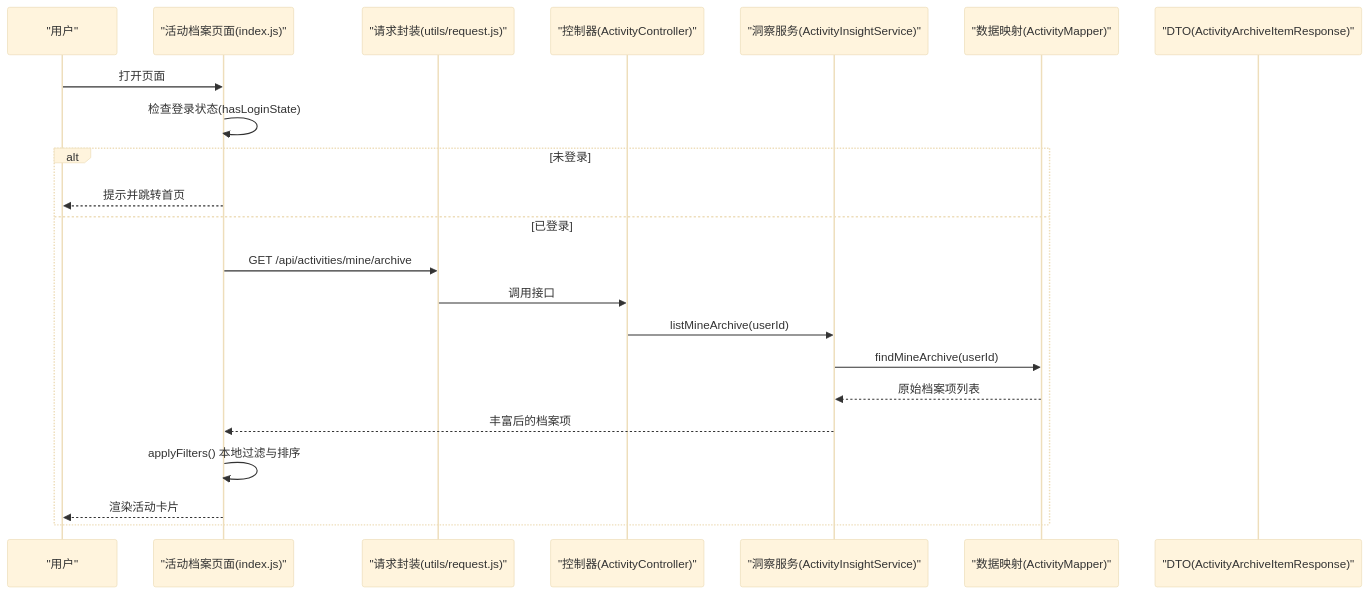
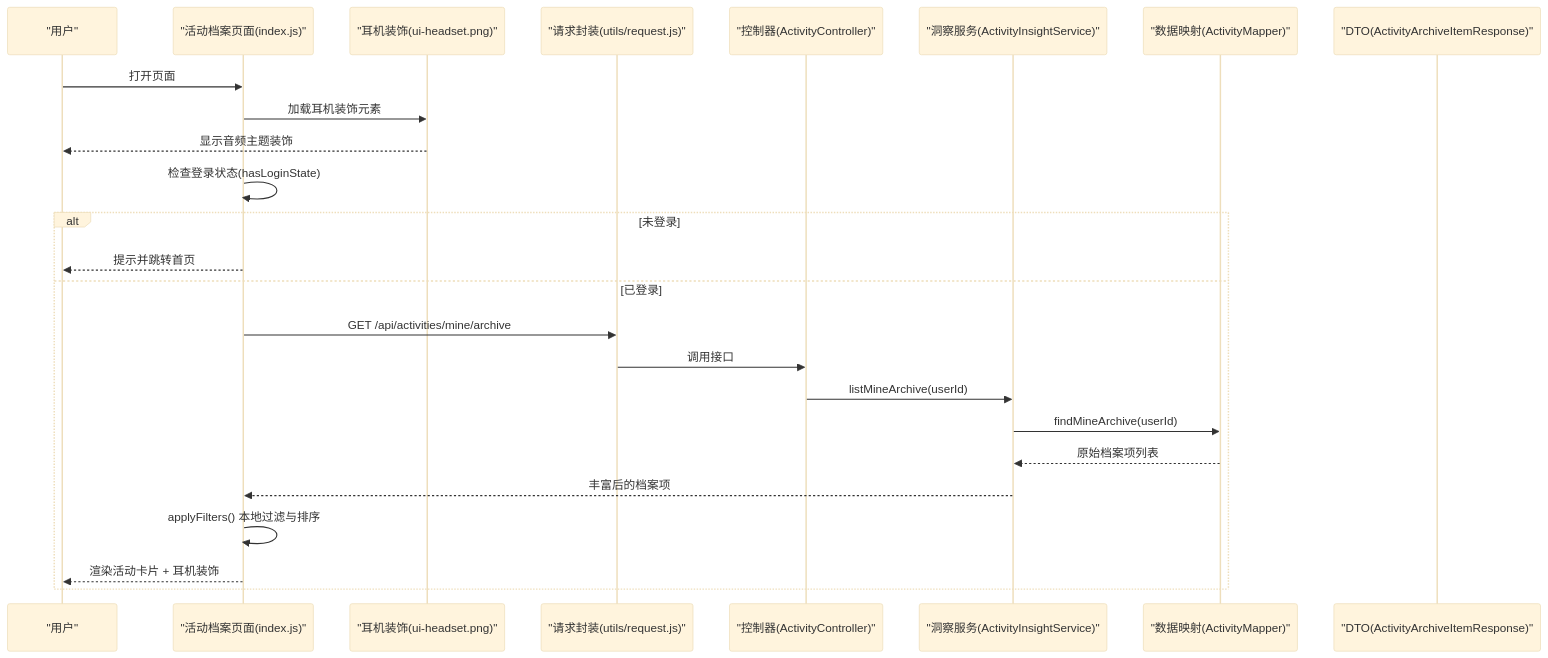
The second of 6 diagrams in .qoder/repowiki/zh/content/前端开发/页面组件开发/活动列表页面开发.md (cwxiao/zugeju), drawn with Mermaid (base theme) before and after one commit. The commit also changed other lines of this file and 39 other files, not shown here.

First line of the commit message:
前端优化：压缩UI装饰图至38KB + 精简各页面冗余文案

````diff
--- a/.qoder/repowiki/zh/content/前端开发/页面组件开发/活动列表页面开发.md
+++ b/.qoder/repowiki/zh/content/前端开发/页面组件开发/活动列表页面开发.md
@@ -125,24 +143,27 @@
 ```mermaid
 sequenceDiagram
 participant U as "用户"
 participant Page as "活动档案页面(index.js)"
+participant Headset as "耳机装饰(ui-headset.png)"
 participant Req as "请求封装(utils/request.js)"
 participant Ctrl as "控制器(ActivityController)"
 participant Insight as "洞察服务(ActivityInsightService)"
 participant Mapper as "数据映射(ActivityMapper)"
 participant Model as "DTO(ActivityArchiveItemResponse)"
 U->>Page : 打开页面
+Page->>Headset : 加载耳机装饰元素
+Headset-->>U : 显示音频主题装饰
 Page->>Page : 检查登录状态(hasLoginState)
 alt 未登录
 Page-->>U : 提示并跳转首页
 else 已登录
 Page->>Req : GET /api/activities/mine/archive
 Req->>Ctrl : 调用接口
 Ctrl->>Insight : listMineArchive(userId)
 Insight->>Mapper : findMineArchive(userId)
 Mapper-->>Insight : 原始档案项列表
 Insight-->>Page : 丰富后的档案项
 Page->>Page : applyFilters() 本地过滤与排序
-Page-->>U : 渲染活动卡片
+Page-->>U : 渲染活动卡片 + 耳机装饰
 end
 ```
````
